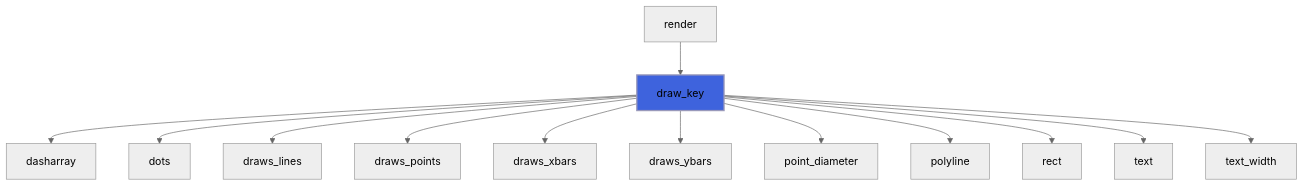
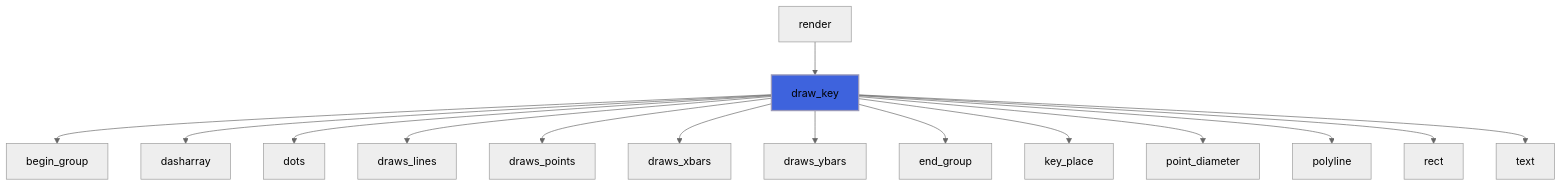
The seventh of 15 diagrams in docs/api/src/lib/foresight_axes.md (szaghi/foresight), drawn with Mermaid (neutral theme) before and after one commit. The commit also changed other lines of this file and 97 other files, not shown here.

````diff
--- a/docs/api/src/lib/foresight_axes.md
+++ b/docs/api/src/lib/foresight_axes.md
@@ -259,16 +315,18 @@
 ```mermaid
 flowchart TD
   render["render"] --> draw_key["draw_key"]
+  draw_key["draw_key"] --> begin_group["begin_group"]
   draw_key["draw_key"] --> dasharray["dasharray"]
   draw_key["draw_key"] --> dots["dots"]
   draw_key["draw_key"] --> draws_lines["draws_lines"]
   draw_key["draw_key"] --> draws_points["draws_points"]
   draw_key["draw_key"] --> draws_xbars["draws_xbars"]
   draw_key["draw_key"] --> draws_ybars["draws_ybars"]
+  draw_key["draw_key"] --> end_group["end_group"]
+  draw_key["draw_key"] --> key_place["key_place"]
   draw_key["draw_key"] --> point_diameter["point_diameter"]
   draw_key["draw_key"] --> polyline["polyline"]
   draw_key["draw_key"] --> rect["rect"]
   draw_key["draw_key"] --> text["text"]
-  draw_key["draw_key"] --> text_width["text_width"]
   style draw_key fill:#3e63dd,stroke:#99b,stroke-width:2px
 ```
````
